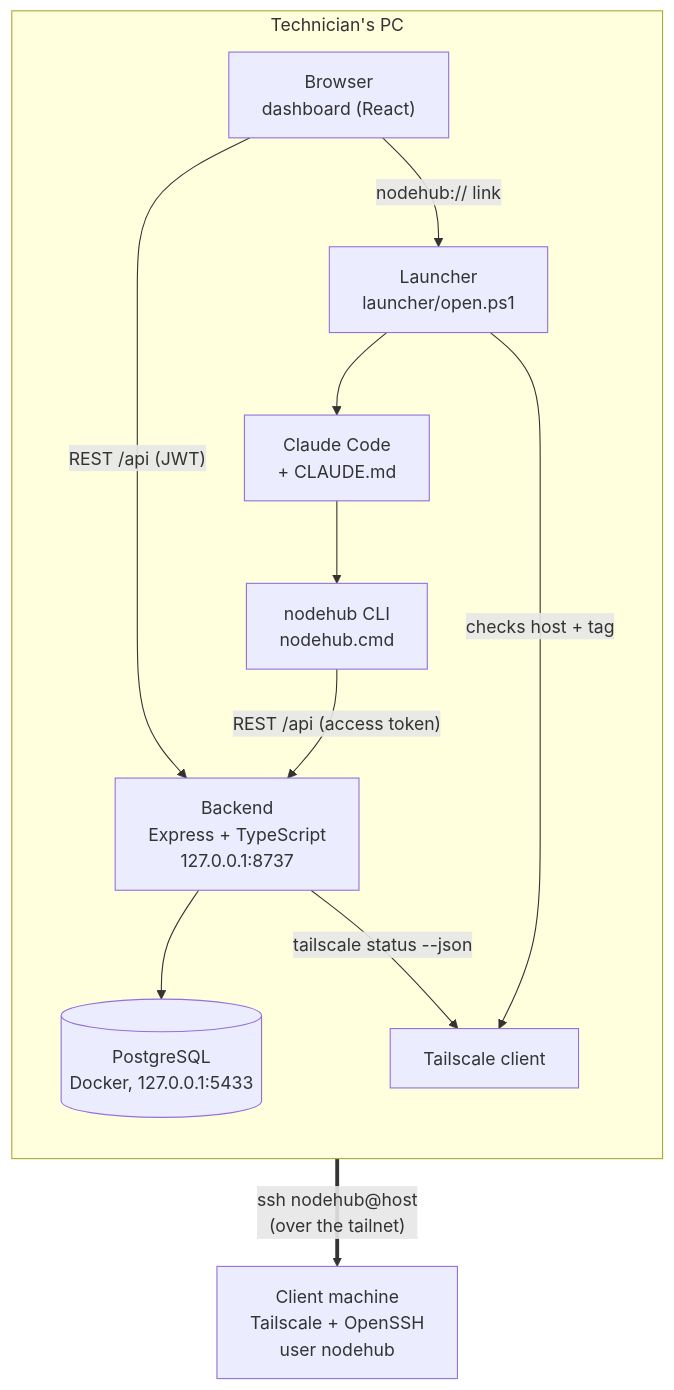
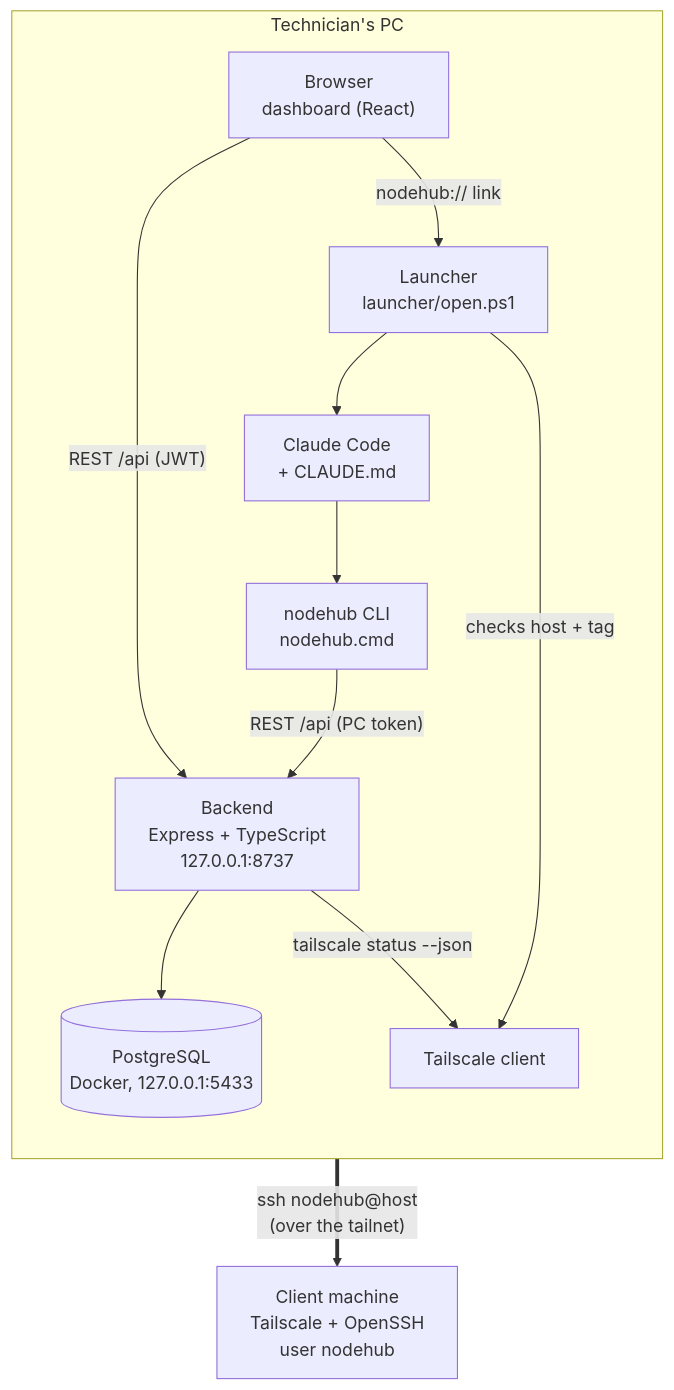
The first of 4 diagrams in docs/architecture.md (MiguelSousa369/nodehub), drawn with Mermaid before and after one commit. The commit also changed other lines of this file and 10 other files, not shown here.

````diff
--- a/docs/architecture.md
+++ b/docs/architecture.md
@@ -5,22 +5,22 @@
 ```mermaid
 flowchart TB
   subgraph PC["Technician's PC"]
     direction TB
     B["Browser<br/>dashboard (React)"]
     BE["Backend<br/>Express + TypeScript<br/>127.0.0.1:8737"]
     DB[("PostgreSQL<br/>Docker, 127.0.0.1:5433")]
     TS["Tailscale client"]
     L["Launcher<br/>launcher/open.ps1"]
     CC["Claude Code<br/>+ CLAUDE.md"]
     CLI["nodehub CLI<br/>nodehub.cmd"]
     B -- "REST /api (JWT)" --> BE
     BE --> DB
     BE -- "tailscale status --json" --> TS
     B -- "nodehub:// link" --> L
     L -- "checks host + tag" --> TS
     L --> CC
     CC --> CLI
-    CLI -- "REST /api (access token)" --> BE
+    CLI -- "REST /api (PC token)" --> BE
   end
   CC == "ssh nodehub@host<br/>(over the tailnet)" ==> CM["Client machine<br/>Tailscale + OpenSSH<br/>user nodehub"]
 ```
````
